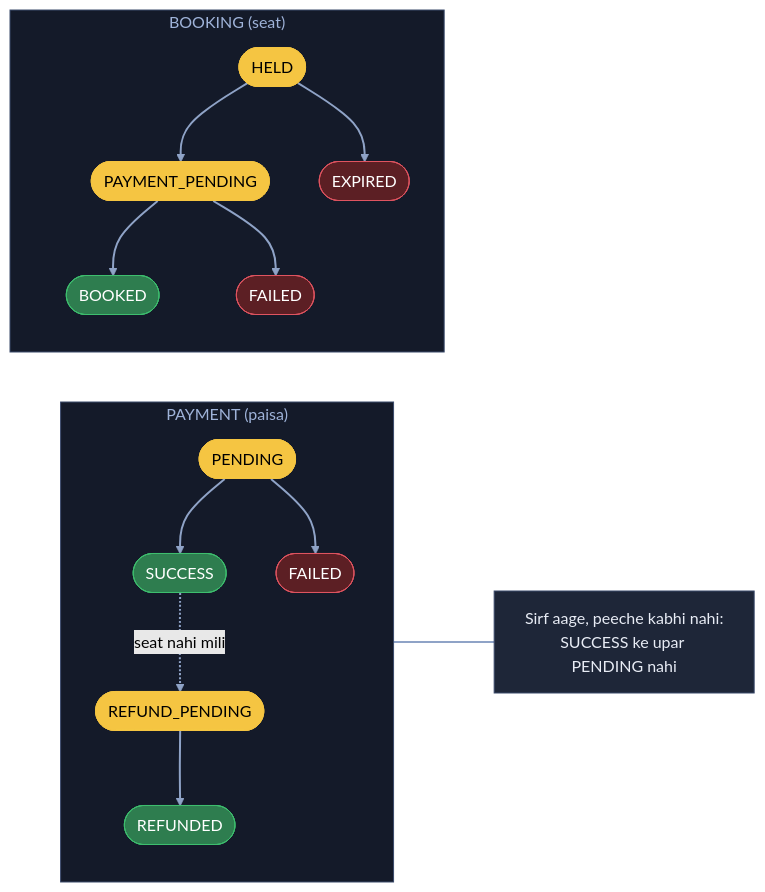
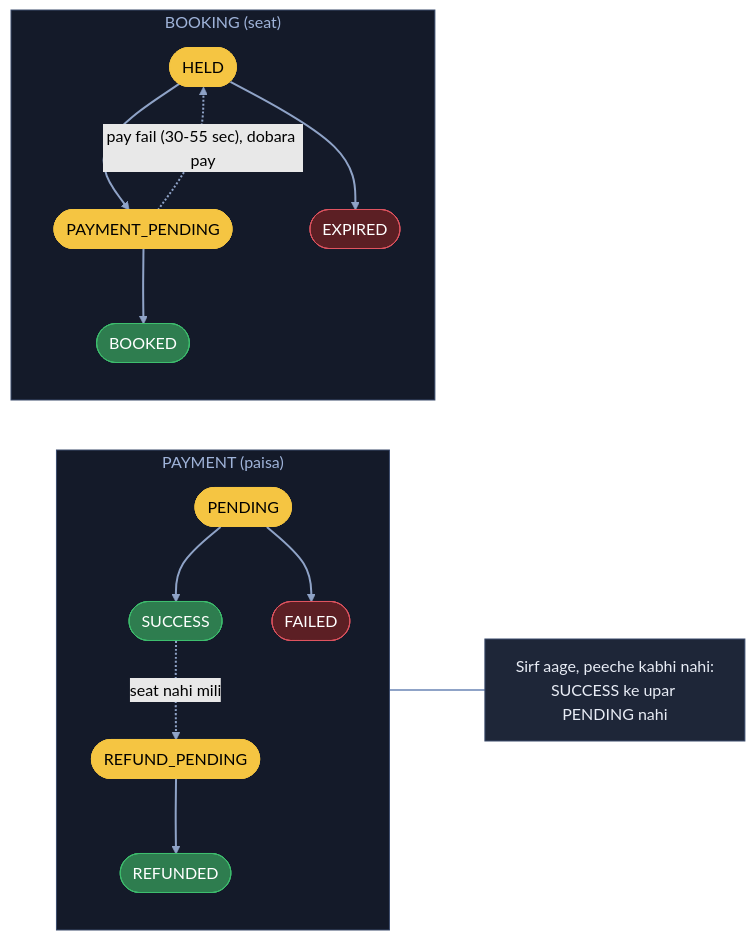
Before and after one commit to ArpanMaheshwari144/Prep: the tenth of 11 diagrams in 04_HLD/SYSTEM_DESIGNS/09_bookmyshow/09_bookmyshow.md, drawn with Mermaid (forest theme). The commit also changed other lines of this file and 2 other files, not shown here.

Commit message:
BMS 6a-6f: Arpan ka faisla - 30-55 sec pe payment FAILED par seat mat chhodo (bachi umar tak HELD, dobara pay doosre PSP pe); 6a misaal 5:20, 6e kadi, state diagram, FR, chain

````diff
--- a/04_HLD/SYSTEM_DESIGNS/09_bookmyshow/09_bookmyshow.md
+++ b/04_HLD/SYSTEM_DESIGNS/09_bookmyshow/09_bookmyshow.md
@@ -348,21 +353,21 @@
 ```mermaid
 flowchart LR
     subgraph PAY["PAYMENT (paisa)"]
         P1(["PENDING"]):::pill --> S1(["SUCCESS"]):::good
         P1 --> F1(["FAILED"]):::bad
         S1 -. "seat nahi mili" .-> R1(["REFUND_PENDING"]):::pill --> R2(["REFUNDED"]):::good
     end
     subgraph BOOK["BOOKING (seat)"]
         H1(["HELD"]):::pill --> PP(["PAYMENT_PENDING"]):::pill --> B1(["BOOKED"]):::good
         H1 --> E1(["EXPIRED"]):::bad
-        PP --> FB(["FAILED"]):::bad
+        PP -. "pay fail (30-55 sec), dobara pay" .-> H1
     end
     PAY ~~~ N["Sirf aage, peeche kabhi nahi:<br/>SUCCESS ke upar PENDING nahi"]:::card
     linkStyle default stroke:#8fa3c7,stroke-width:2px
     classDef card fill:#1e2638,stroke:#3a4a6b,color:#e8ecf5
     classDef pill fill:#f5c542,stroke:#f5c542,color:#000
     classDef good fill:#2e7d4f,stroke:#3fbf6f,color:#fff
     classDef bad fill:#5c1f24,stroke:#e05561,color:#fff
     style PAY fill:#141a29,stroke:#3a4a6b,color:#9fb3d9
     style BOOK fill:#141a29,stroke:#3a4a6b,color:#9fb3d9
 ```
````
